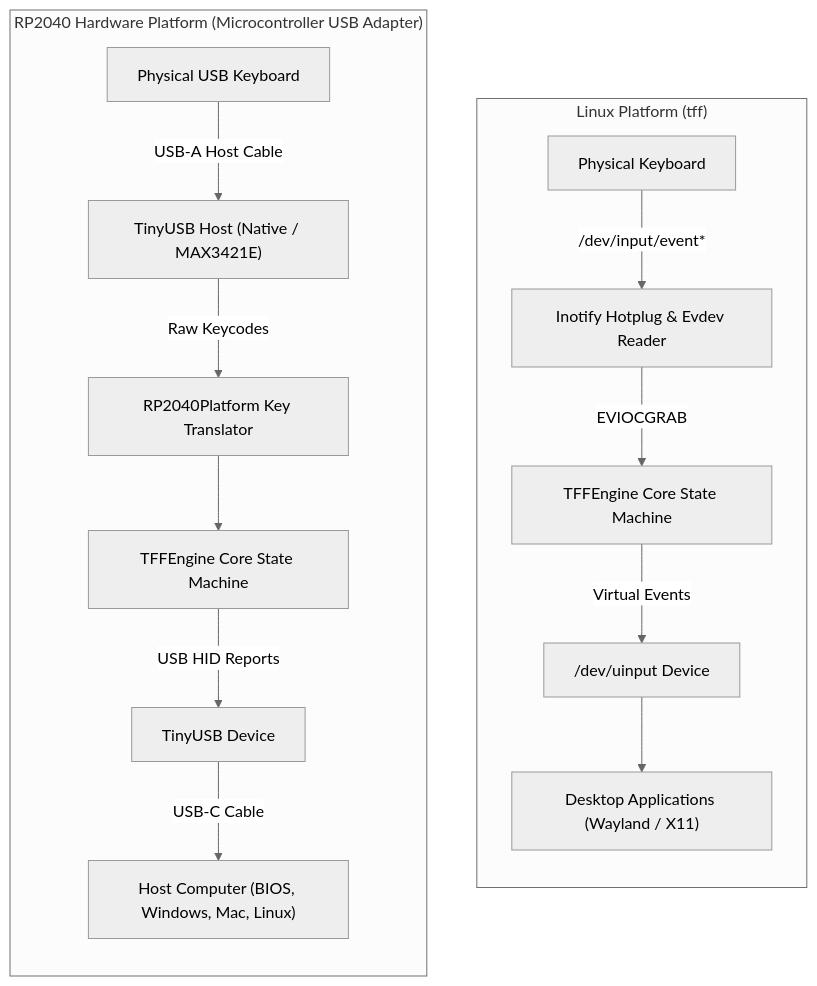
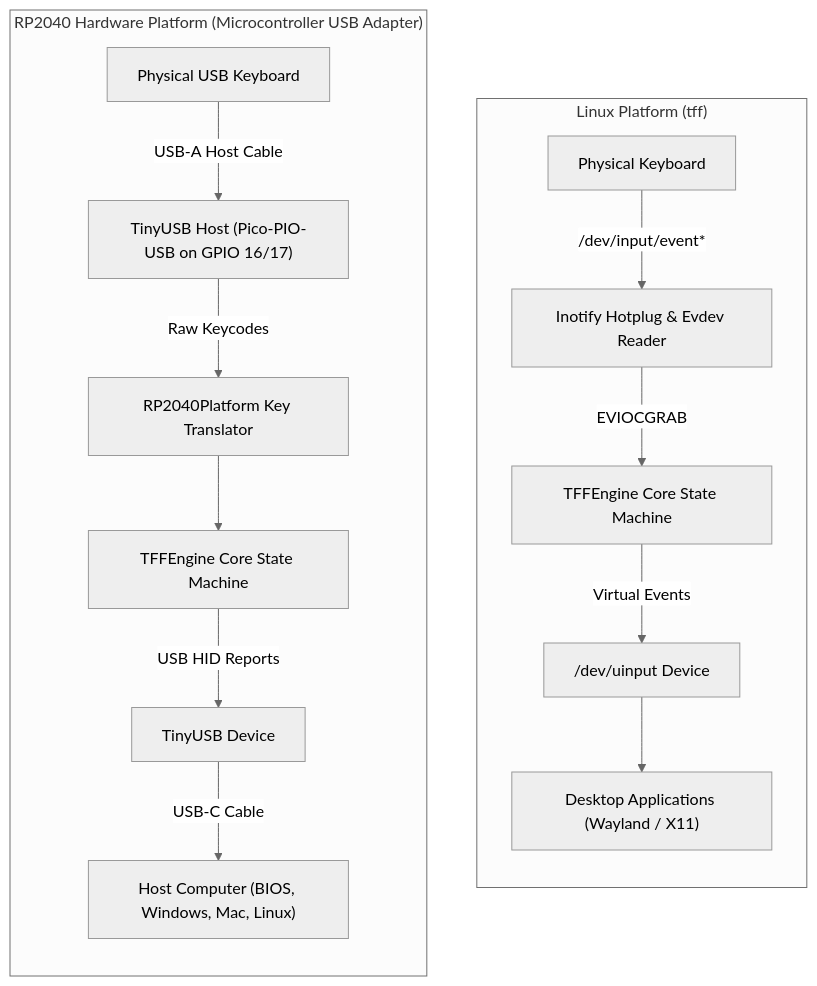
The first of 2 diagrams in README.md (guettli/tff2), drawn with Mermaid (neutral theme) before and after one commit. The commit also changed other lines of this file and 3 other files, not shown here.

````diff
--- a/README.md
+++ b/README.md
@@ -37,21 +37,21 @@
 ```mermaid
 flowchart TD
     subgraph Linux ["Linux Platform (tff)"]
         direction TB
         K1["Physical Keyboard"]
         -->|"/dev/input/event*"| INOTIFY["Inotify Hotplug & Evdev Reader"]
         -->|EVIOCGRAB| ENGINE_L["TFFEngine Core State Machine"]
         -->|Virtual Events| UINPUT["/dev/uinput Device"]
         --> APPS["Desktop Applications (Wayland / X11)"]
     end
 
     subgraph Hardware ["RP2040 Hardware Platform (Microcontroller USB Adapter)"]
         direction TB
         K2["Physical USB Keyboard"]
-        -->|USB-A Host Cable| HOST["TinyUSB Host (Native / MAX3421E)"]
+        -->|USB-A Host Cable| HOST["TinyUSB Host (Pico-PIO-USB on GPIO 16/17)"]
         -->|Raw Keycodes| CONV["RP2040Platform Key Translator"]
         --> ENGINE_HW["TFFEngine Core State Machine"]
         -->|USB HID Reports| DEV["TinyUSB Device"]
         -->|USB-C Cable| PC["Host Computer (BIOS, Windows, Mac, Linux)"]
     end
 ```
````
